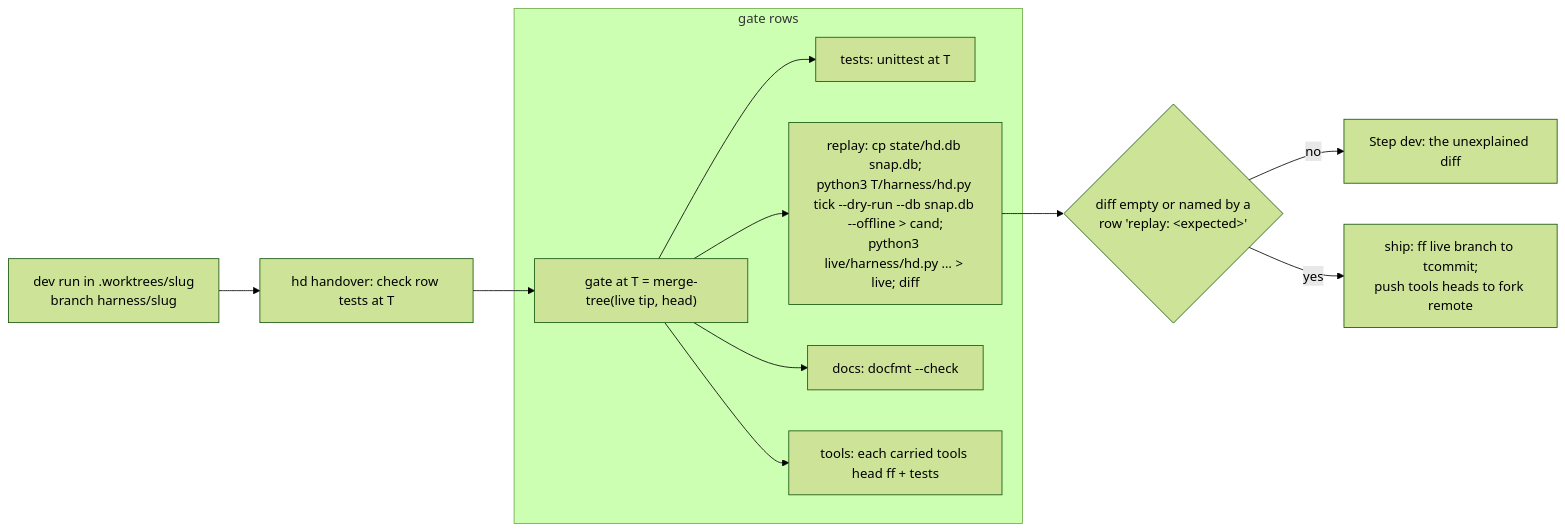
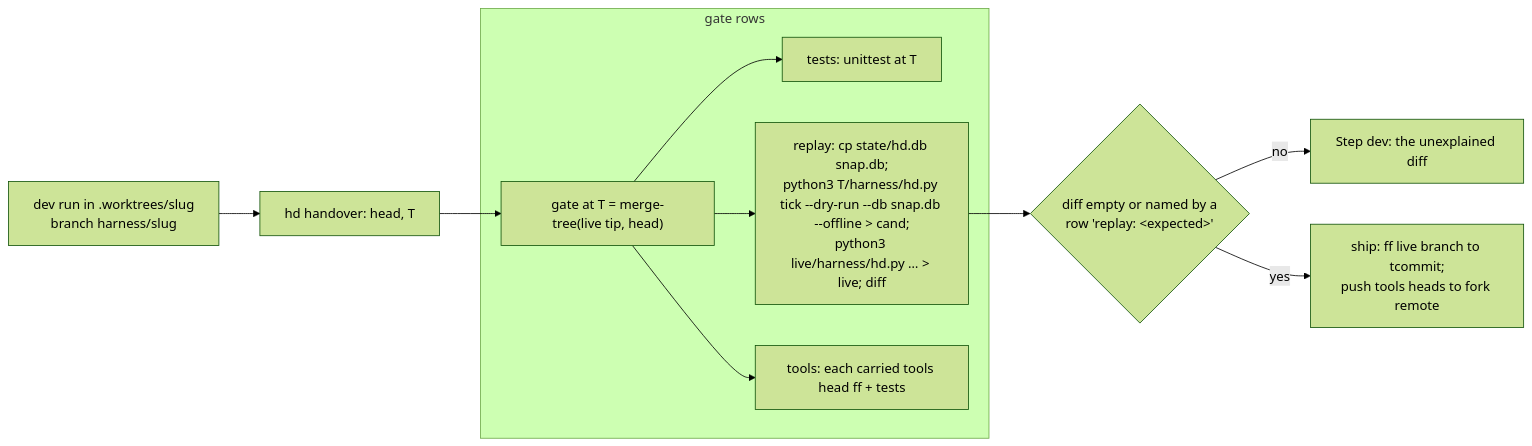
The sixth of 9 diagrams in docs/V9-PROPOSAL.md (AlexPerrin/RuneHarness), drawn with Mermaid (forest theme) before and after one commit. The commit also changed other lines of this file and 14 other files, not shown here.

First line of the commit message:
v9: inheritance audit — scripts and skills move into this repo (tracks/, .claude/skills/), rows are script|judge, handover records only, no Limits, no docfmt, build semaphore, upstream flag

````diff
--- a/docs/V9-PROPOSAL.md
+++ b/docs/V9-PROPOSAL.md
@@ -574,14 +580,13 @@
 ```mermaid
 flowchart LR
-  D["dev run in .worktrees/slug<br/>branch harness/slug"] --> H["hd handover: check row tests at T"]
+  D["dev run in .worktrees/slug<br/>branch harness/slug"] --> H["hd handover: head, T"]
   H --> G["gate at T = merge-tree(live tip, head)"]
   subgraph GR["gate rows"]
     G --> T1["tests: unittest at T"]
     G --> T2["replay: cp state/hd.db snap.db;<br/>python3 T/harness/hd.py tick --dry-run --db snap.db --offline > cand;<br/>python3 live/harness/hd.py … > live; diff"]
-    G --> T3["docs: docfmt --check"]
     G --> T4["tools: each carried tools head ff + tests"]
   end
   T2 --> J{"diff empty or named by a<br/>row 'replay: &lt;expected&gt;'"}
   J -- no --> DEV["Step dev: the unexplained diff"]
   J -- yes --> S["ship: ff live branch to tcommit;<br/>push tools heads to fork remote"]
 ```
````
